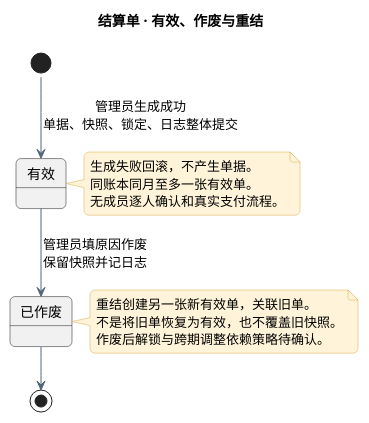
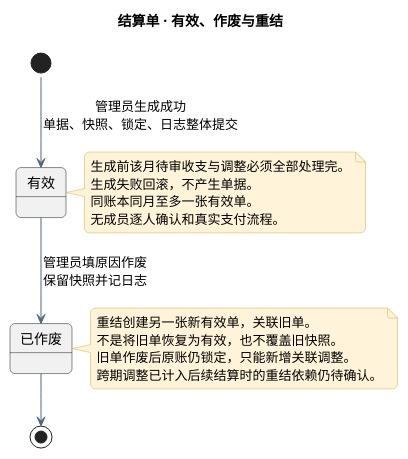
One commit to wuyi0928/MyCS_NJU changed the diagram in 软件工程/实验2_251220152_魏楚航/UML/07_结算单状态图.puml. Above: the diagram before and after it, drawn with PlantUML. The commit also changed 20 other files, not shown here.

```diff
--- a/软件工程/实验2_251220152_魏楚航/UML/07_结算单状态图.puml
+++ b/软件工程/实验2_251220152_魏楚航/UML/07_结算单状态图.puml
@@ -1,31 +1,33 @@
 @startuml
 !pragma layout smetana
 skinparam defaultFontName Microsoft YaHei
 skinparam backgroundColor #FFFFFF
 skinparam shadowing false
 skinparam ArrowColor #52667B
 skinparam classBackgroundColor #F0F7F6
 skinparam classBorderColor #267568
 skinparam componentBackgroundColor #F0F7F6
 skinparam noteBackgroundColor #FFF4D9
 skinparam noteBorderColor #D8AA49
 skinparam roundcorner 10
 skinparam nodesep 70
 skinparam ranksep 85
 title 结算单 · 有效、作废与重结
 state "有效" as Active
 state "已作废" as Void
 [*] --> Active : 管理员生成成功\n单据、快照、锁定、日志整体提交
 Active --> Void : 管理员填原因作废\n保留快照并记日志
 Void --> [*]
 note right of Active
+生成前该月待审收支与调整必须全部处理完。
 生成失败回滚，不产生单据。
 同账本同月至多一张有效单。
 无成员逐人确认和真实支付流程。
 end note
 note right of Void
 重结创建另一张新有效单，关联旧单。
 不是将旧单恢复为有效，也不覆盖旧快照。
-作废后解锁与跨期调整依赖策略待确认。
+旧单作废后原账仍锁定，只能新增关联调整。
+跨期调整已计入后续结算时的重结依赖仍待确认。
 end note
 @enduml
```
